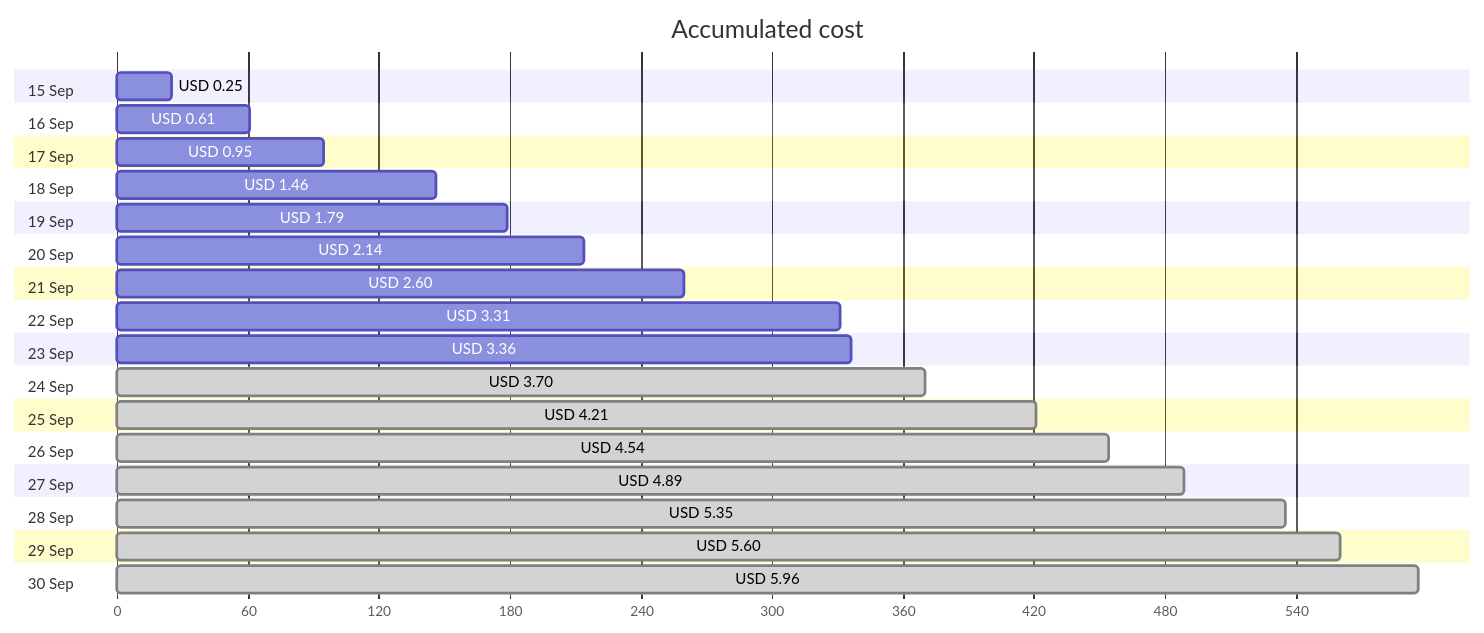
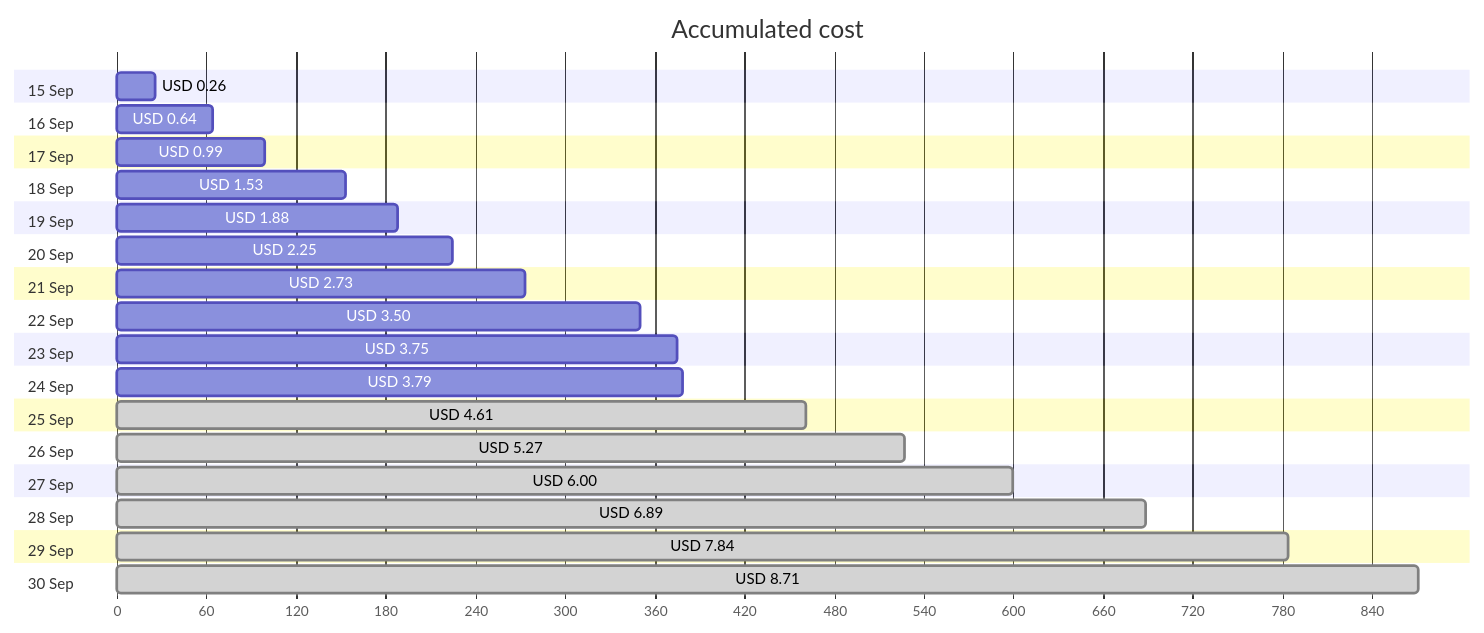
Before and after one commit to jpfulton/azure-personal-reports: the first of 4 diagrams in cost-reports/personal-network/vpn-server.md, drawn with Mermaid. The commit also changed other lines of this file and 9 other files, not shown here.

````diff
--- a/cost-reports/personal-network/vpn-server.md
+++ b/cost-reports/personal-network/vpn-server.md
@@ -20,38 +20,38 @@
 ```mermaid
 gantt
    title Accumulated cost
    dateFormat  X
    axisFormat %s
    section 15 Sep
-   USD 0.25 :0, 25
+   USD 0.26 :0, 26
    section 16 Sep
-   USD 0.61 :0, 61
+   USD 0.64 :0, 64
    section 17 Sep
-   USD 0.95 :0, 95
+   USD 0.99 :0, 99
    section 18 Sep
-   USD 1.46 :0, 146
+   USD 1.53 :0, 153
    section 19 Sep
-   USD 1.79 :0, 179
+   USD 1.88 :0, 188
    section 20 Sep
-   USD 2.14 :0, 214
+   USD 2.25 :0, 225
    section 21 Sep
-   USD 2.60 :0, 260
+   USD 2.73 :0, 273
    section 22 Sep
-   USD 3.31 :0, 331
+   USD 3.50 :0, 350
    section 23 Sep
-   USD 3.36 :0, 336
+   USD 3.75 :0, 375
    section 24 Sep
-   USD 3.70 : done, 0, 370
+   USD 3.79 :0, 379
    section 25 Sep
-   USD 4.21 : done, 0, 421
+   USD 4.61 : done, 0, 461
    section 26 Sep
-   USD 4.54 : done, 0, 454
+   USD 5.27 : done, 0, 527
    section 27 Sep
-   USD 4.89 : done, 0, 489
+   USD 6.00 : done, 0, 600
    section 28 Sep
-   USD 5.35 : done, 0, 535
+   USD 6.89 : done, 0, 689
    section 29 Sep
-   USD 5.60 : done, 0, 560
+   USD 7.84 : done, 0, 784
    section 30 Sep
-   USD 5.96 : done, 0, 596
+   USD 8.71 : done, 0, 871
 ```
````
